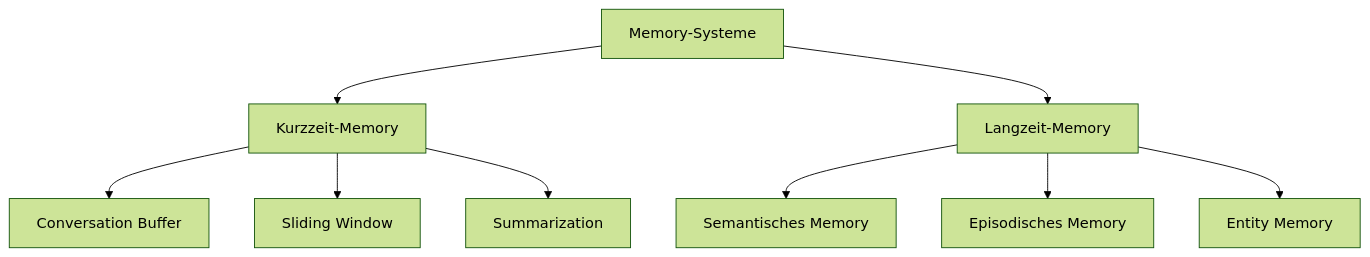
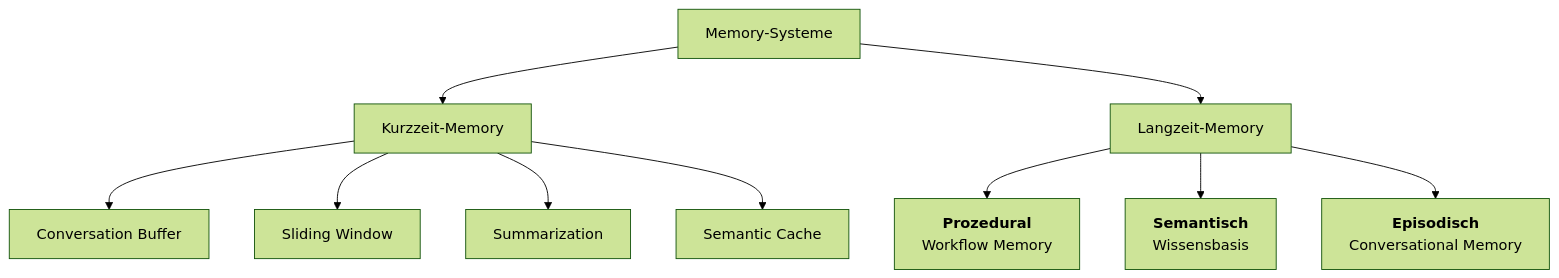
The first of 6 diagrams in docs/concepts/Memory_Systeme.md (ralf-42/Agenten), drawn with Mermaid (forest theme) before and after one commit. The commit also changed other lines of this file, not shown here.

````diff
--- a/docs/concepts/Memory_Systeme.md
+++ b/docs/concepts/Memory_Systeme.md
@@ -43,13 +59,14 @@
 ```mermaid
 flowchart TB
     M[Memory-Systeme] --> K[Kurzzeit-Memory]
     M --> L[Langzeit-Memory]
 
     K --> K1["Conversation Buffer"]
     K --> K2["Sliding Window"]
     K --> K3["Summarization"]
+    K --> K4["Semantic Cache"]
 
-    L --> L1["Semantisches Memory"]
-    L --> L2["Episodisches Memory"]
-    L --> L3["Entity Memory"]
+    L --> L1["<b>Prozedural</b><br/>Workflow Memory"]
+    L --> L2["<b>Semantisch</b><br/>Wissensbasis"]
+    L --> L3["<b>Episodisch</b><br/>Conversational Memory"]
 ```
````
